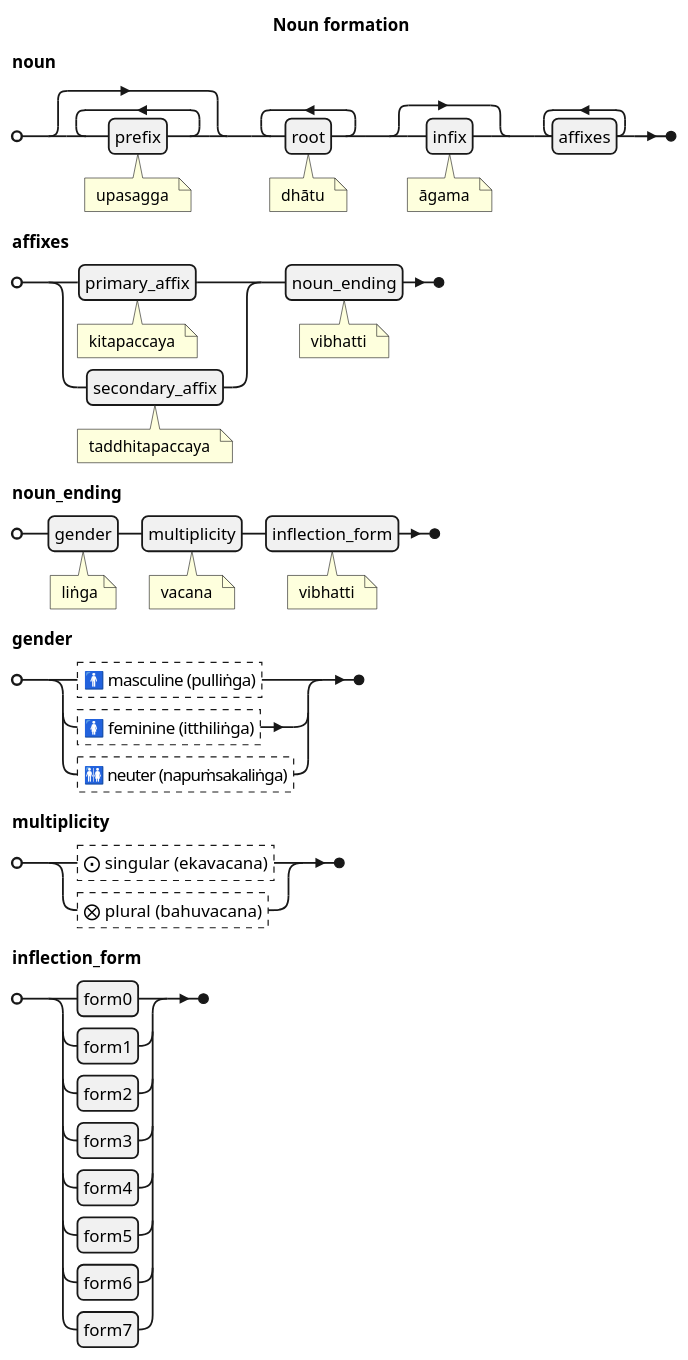
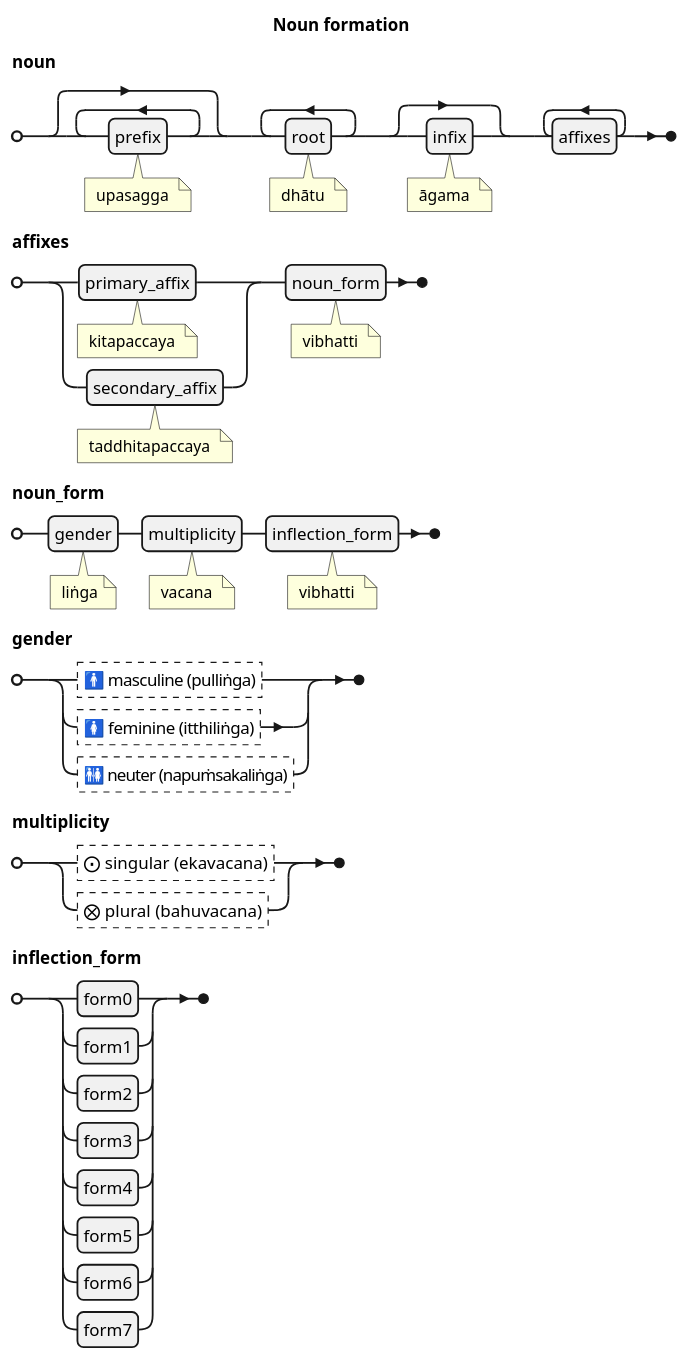
Before and after one commit to ChristineTham/buddhavacana: the seventh of 12 diagrams in src/content/docs/Pali Textbook/c-grammar.md, drawn with PlantUML. The commit also changed other lines of this file and 48 other files, not shown here.

````diff
--- a/src/content/docs/Pali Textbook/c-grammar.md
+++ b/src/content/docs/Pali Textbook/c-grammar.md
@@ -130,26 +130,26 @@
 ```plantuml
 @startebnf
 title Noun formation
 noun =
   {prefix (* upasagga *)},
   {root (* dhātu *)}-,
   [infix (* āgama *)],
   {affixes}- (* paccaya *) ;
 affixes =
   (primary_affix (* kitapaccaya *) |
   secondary_affix (* taddhitapaccaya *)),
-  noun_ending (* vibhatti *) ;
-noun_ending =
+  noun_form (* vibhatti *) ;
+noun_form =
   gender (* liṅga*),
   multiplicity (* vacana *),
   inflection_form (* vibhatti *) ;
 gender =
   ?🚹 masculine (pulliṅga)? |
   ?🚺 feminine (itthiliṅga)? |
   ?🚻 neuter (napuṁsakaliṅga)? ;
 multiplicity =
   ?⨀ singular (ekavacana)? |
   ?⨂ plural (bahuvacana)? ;
 inflection_form = form0 | form1 | form2 | form3 | form4 | form5 | form6 | form7 ;
 @endebnf
 ```
````
